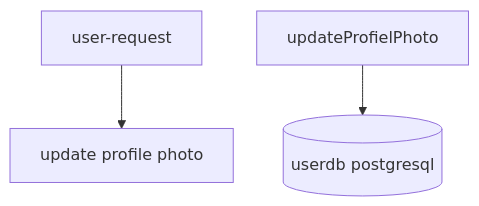
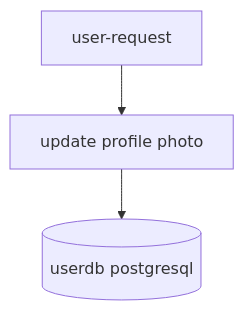
The fifth of 9 diagrams in README.md (sonamsamdupkhangsar/user-rest-service), drawn with Mermaid before and after one commit. The commit also changed other lines of this file, not shown here.

Commit message:
add flowchart

````diff
--- a/README.md
+++ b/README.md
@@ -128,5 +128,5 @@
 ```mermaid
 flowchart TD
   User[user-request] --> updateProfilePhoto[update profile photo]
-  updateProfielPhoto --> userDb[(userdb postgresql)]
+  updateProfilePhoto --> userDb[(userdb postgresql)]
 ```
````
